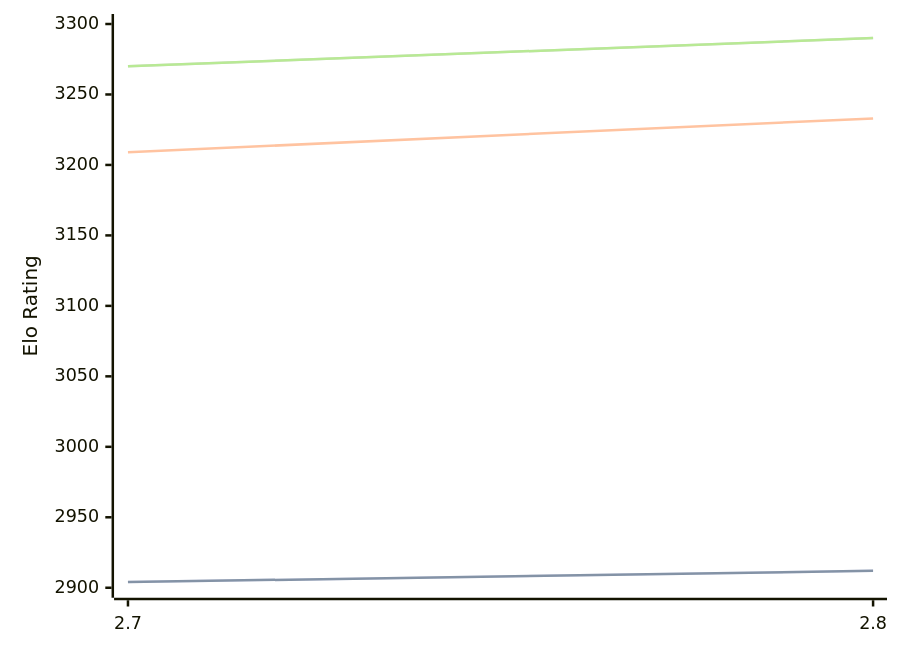
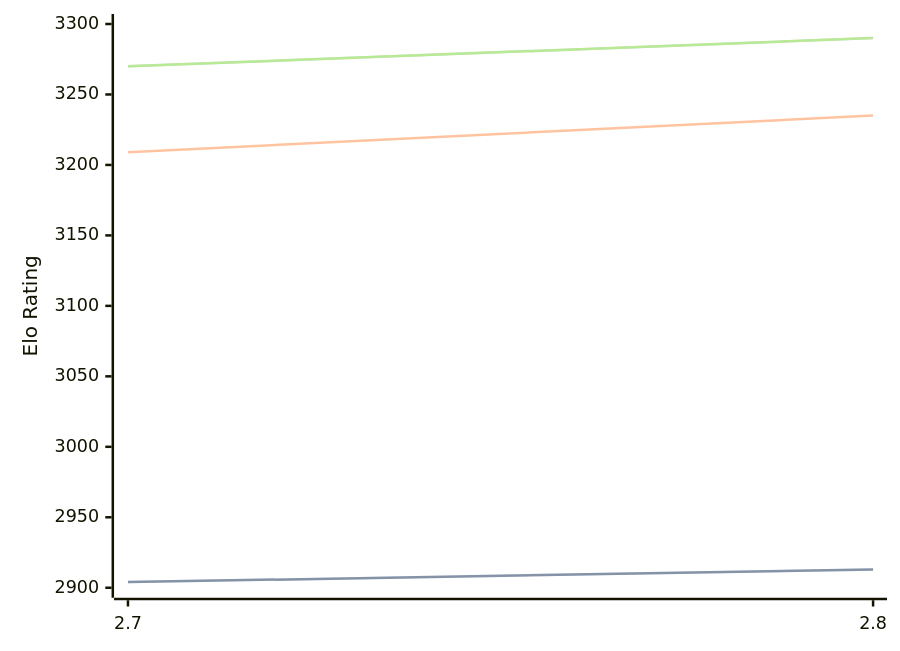
The diagram in engines/Arcanum.md (computer-chess-index/cci), drawn with Mermaid before and after one commit. The commit also changed other lines of this file, not shown here.

````diff
--- a/engines/Arcanum.md
+++ b/engines/Arcanum.md
@@ -32,11 +32,11 @@
 ```mermaid
 %%{init: {"theme":"base","themeVariables":{"seriesColors:['#a3a3a3','#222221','#faa371']}}}%%
 xychart-beta
   x-axis ["2.7", "2.8"]
   y-axis "Elo Rating" 2900 --> 3300
-  line "" [2904, 2912]
-  line "STC (8.0+0.08s)" [2904, 2912]
-  line "LTC (60.0+0.60s)" [3209, 3233]
+  line "" [2904, 2913]
+  line "STC (8.0+0.08s)" [2904, 2913]
+  line "LTC (60.0+0.60s)" [3209, 3235]
   line "" [3270, 3290]
   line "VLTC (2m24s+1.12s)" [3270, 3290]
 ```
````
